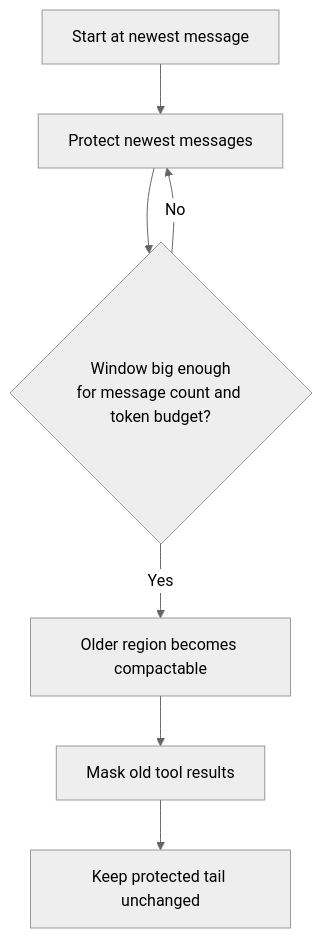
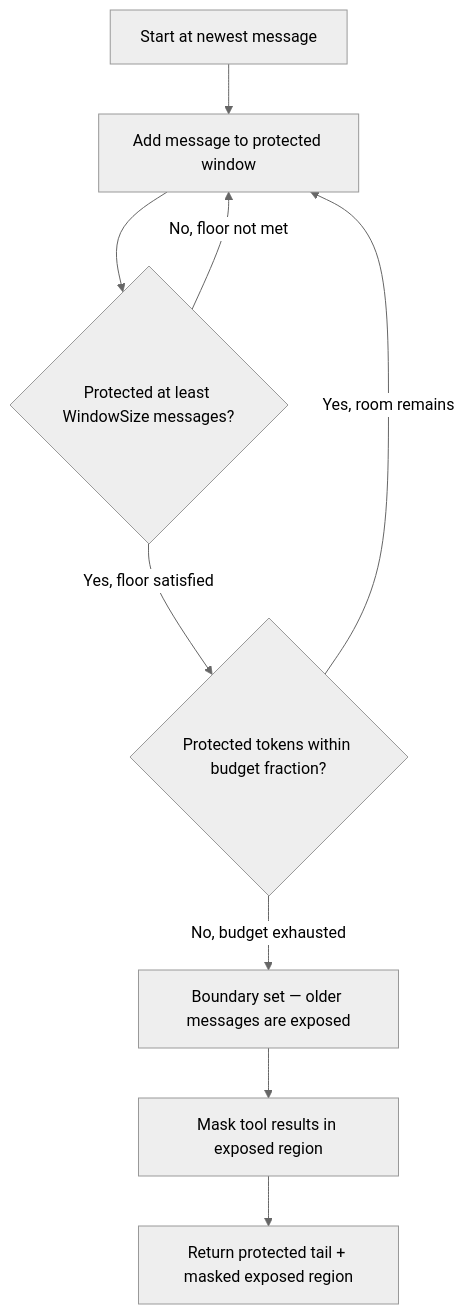
The fourth of 6 diagrams in docs/deep-dive/context-management.md (svetstoykov/TokenGuard), drawn with Mermaid (neutral theme) before and after one commit. The commit also changed other lines of this file, not shown here.

First line of the commit message:
docs: simplify Mermaid diagram labels in context-management.md

````diff
--- a/docs/deep-dive/context-management.md
+++ b/docs/deep-dive/context-management.md
@@ -183,9 +183,11 @@
 ```mermaid
 flowchart TD
-    A[Start at newest message] --> B[Protect newest messages]
-    B --> C{Window big enough\nfor message count and token budget?}
-    C -- No --> B
-    C -- Yes --> D[Older region becomes compactable]
-    D --> E[Mask old tool results]
-    E --> F[Keep protected tail unchanged]
+    A[Start at newest message] --> B[Add message to protected window]
+    B --> C{Protected at least WindowSize messages?}
+    C -- No, floor not met --> B
+    C -- Yes, floor satisfied --> D{Protected tokens within budget fraction?}
+    D -- Yes, room remains --> B
+    D -- No, budget exhausted --> E[Boundary set — older messages are exposed]
+    E --> F[Mask tool results in exposed region]
+    F --> G[Return protected tail + masked exposed region]
 ```
````
